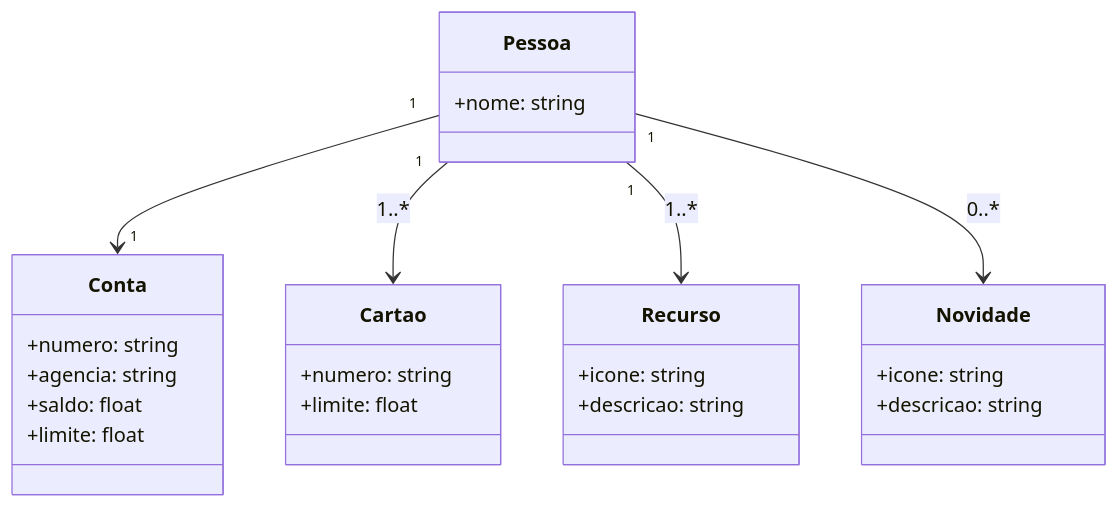
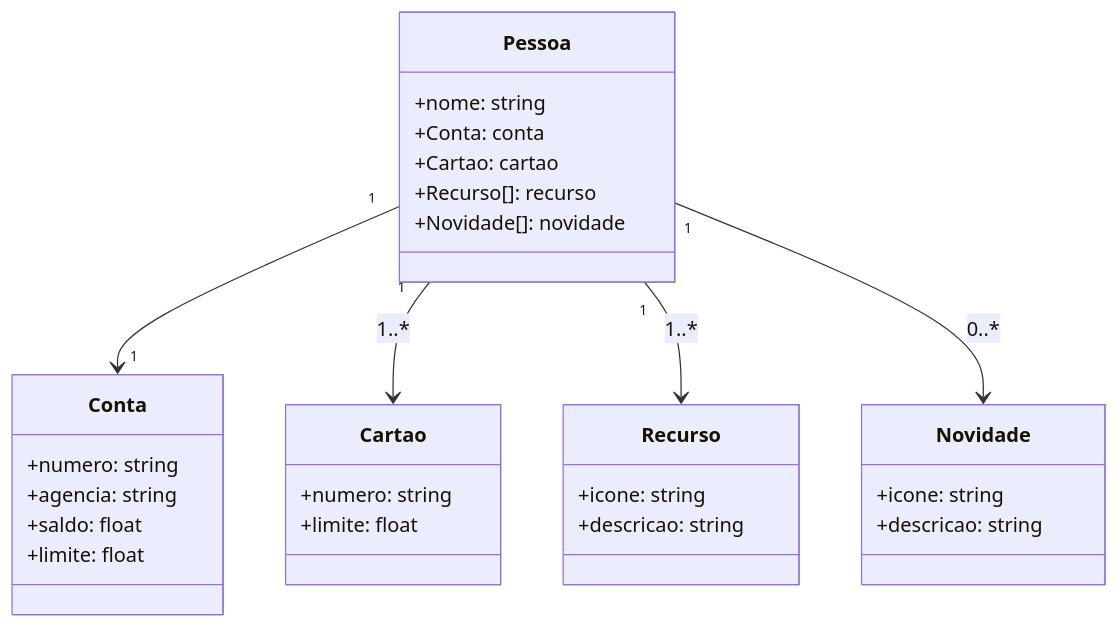
Before and after one commit to vitoremerique/santander-bootcamp-java-backend-2023: the diagram in README.md, drawn with Mermaid.

````diff
--- a/README.md
+++ b/README.md
@@ -5,33 +5,37 @@
 ```mermaid
 classDiagram
     class Pessoa {
         +nome: string
+        +Conta: conta
+        +Cartao: cartao
+        +Recurso[]: recurso
+        +Novidade[]: novidade 
     }
 
     class Conta {
         +numero: string
         +agencia: string
         +saldo: float
         +limite: float
     }
 
     class Cartao {
         +numero: string
         +limite: float
     }
 
     class Recurso {
         +icone: string
         +descricao: string
     }
 
     class Novidade {
         +icone: string
         +descricao: string
     }
 
     Pessoa "1" --> "1" Conta  
     Pessoa "1" --> Cartao : 1..* 
     Pessoa  "1" -->  Recurso : 1..*   
     Pessoa "1" --> Novidade  :  0..* 
 ```
````
